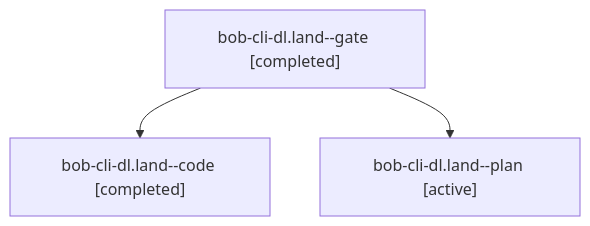
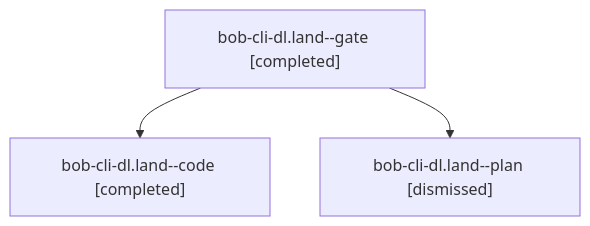
One commit to bobs-org/bob-cli--agents changed the diagram in sessions/bbugyi200.apollo.bob-cli-dl.land.md. Above: the diagram before and after it, drawn with Mermaid. The commit also changed other lines of this file and 222 other files, not shown here.

````diff
--- a/sessions/bbugyi200.apollo.bob-cli-dl.land.md
+++ b/sessions/bbugyi200.apollo.bob-cli-dl.land.md
@@ -9,8 +9,8 @@
 ```mermaid
 flowchart TD
   n0["bob-cli-dl.land--gate [completed]"]
   n1["bob-cli-dl.land--code [completed]"]
   n0 --> n1
-  n2["bob-cli-dl.land--plan [active]"]
+  n2["bob-cli-dl.land--plan [dismissed]"]
   n0 --> n2
 ```
````
